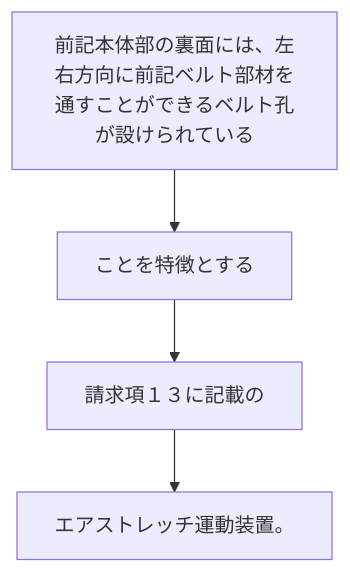
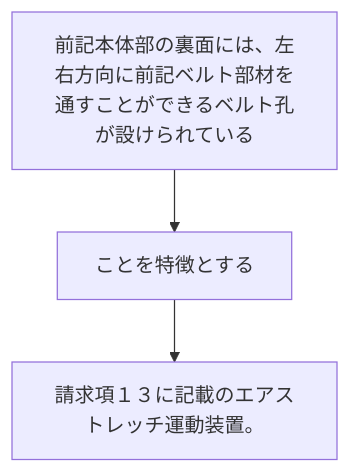
The diagram in 2024/JP2024021337A/claim_14/README.md (shinmori55/patent_analyzed), drawn with Mermaid before and after one commit. The commit also changed 336 other files, not shown here.

````diff
--- a/2024/JP2024021337A/claim_14/README.md
+++ b/2024/JP2024021337A/claim_14/README.md
@@ -3,10 +3,8 @@
 ```mermaid
 flowchart TD
 A[前記本体部の裏面には、左右方向に前記ベルト部材を通すことができるベルト孔が設けられている]
 B[ことを特徴とする]
-C[請求項１３に記載の]
-D[エアストレッチ運動装置。]
+C[請求項１３に記載のエアストレッチ運動装置。]
 A --> B
 B --> C
-C --> D
 ```
````
